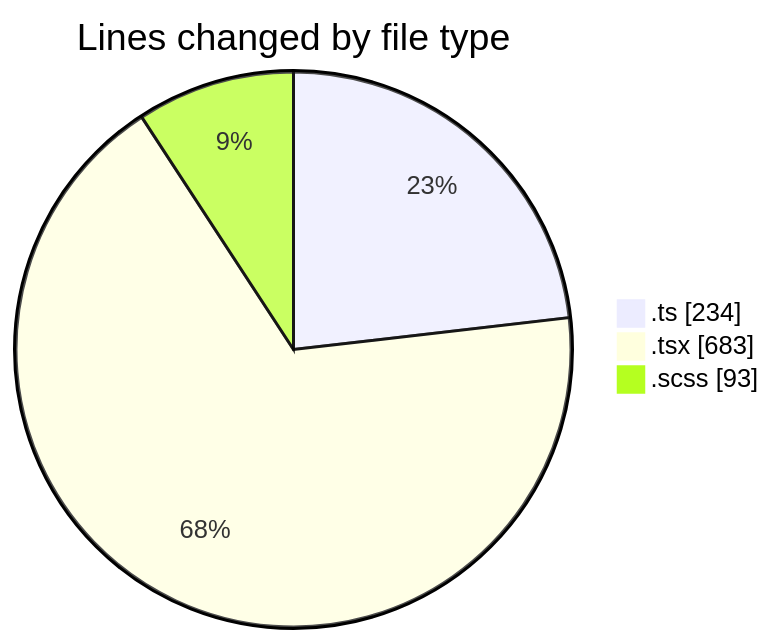
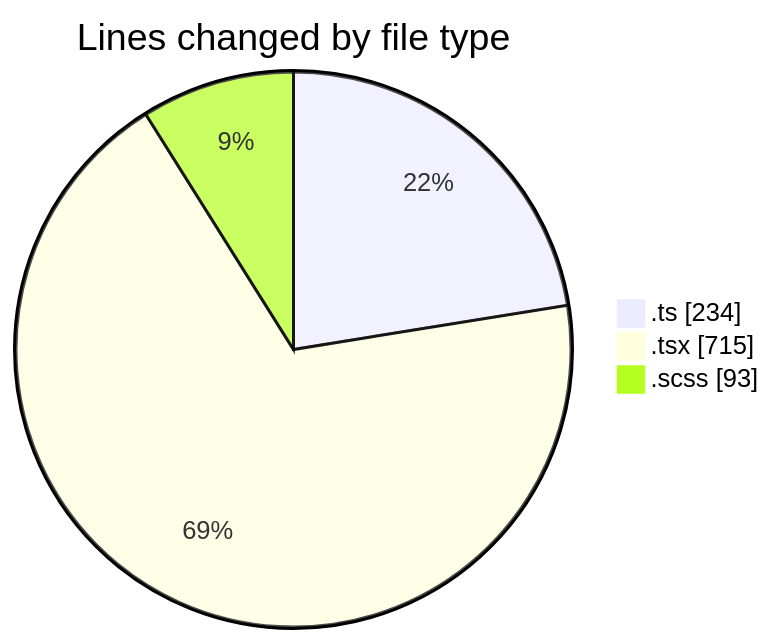
Before and after one commit to momahboobian/code-tracking: the first of 2 diagrams in 2025-05-01/cda/README.md, drawn with Mermaid. The commit also changed other lines of this file and 1 other file, not shown here.

````diff
--- a/2025-05-01/cda/README.md
+++ b/2025-05-01/cda/README.md
@@ -26,7 +26,7 @@
 ```mermaid
 pie showData
 title Lines changed by file type
 ".ts" : 234
-".tsx" : 683
+".tsx" : 715
 ".scss" : 93
 ```
````
